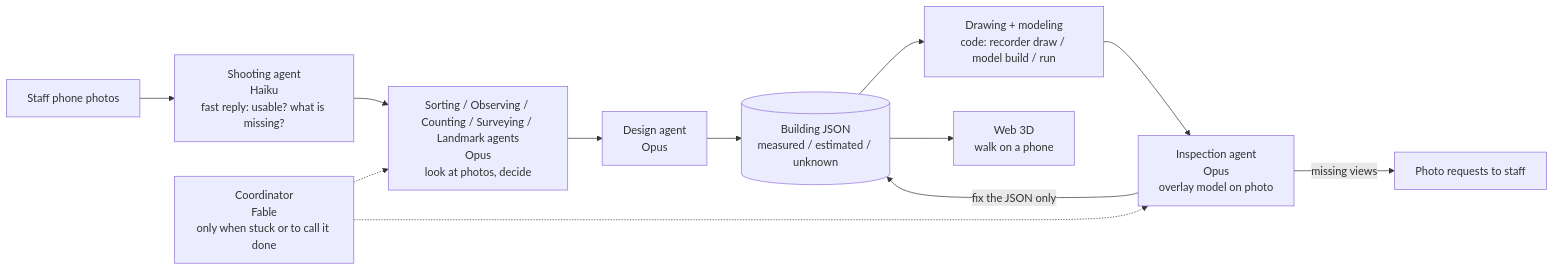
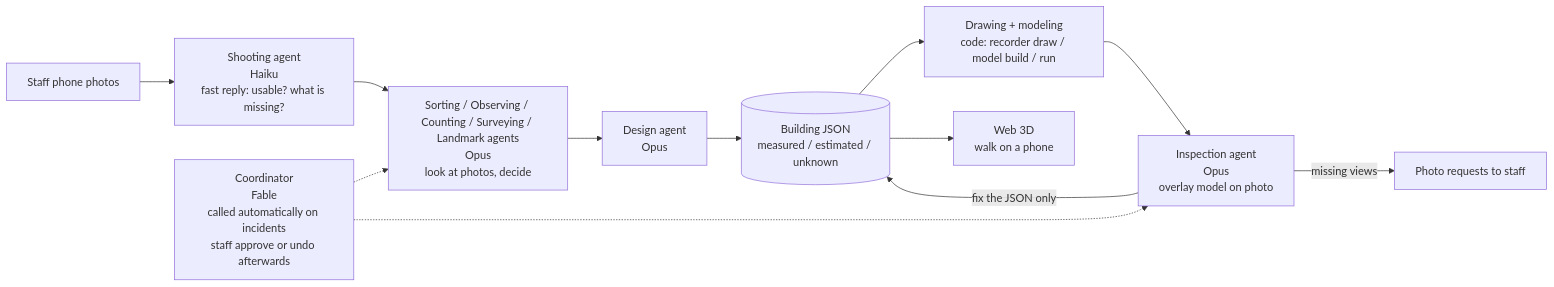
Before and after one commit to yuu737/campus-recorder: the diagram in README.md, drawn with Mermaid. The commit also changed other lines of this file and 191 other files, not shown here.

````diff
--- a/README.md
+++ b/README.md
@@ -39,14 +44,14 @@
 ```mermaid
 flowchart LR
   P[Staff phone photos] --> S[Shooting agent<br/>Haiku<br/>fast reply: usable? what is missing?]
   S --> O[Sorting / Observing / Counting / Surveying / Landmark agents<br/>Opus<br/>look at photos, decide]
   O --> D[Design agent<br/>Opus]
   D --> J[(Building JSON<br/>measured / estimated / unknown)]
   J --> C[Drawing + modeling<br/>code: recorder draw / model build / run]
   C --> K[Inspection agent<br/>Opus<br/>overlay model on photo]
   K -->|fix the JSON only| J
   K -->|missing views| R[Photo requests to staff]
   J --> W[Web 3D<br/>walk on a phone]
-  X[Coordinator<br/>Fable<br/>only when stuck or to call it done] -.-> O
+  X[Coordinator<br/>Fable<br/>called automatically on incidents<br/>staff approve or undo afterwards] -.-> O
   X -.-> K
 ```
````
